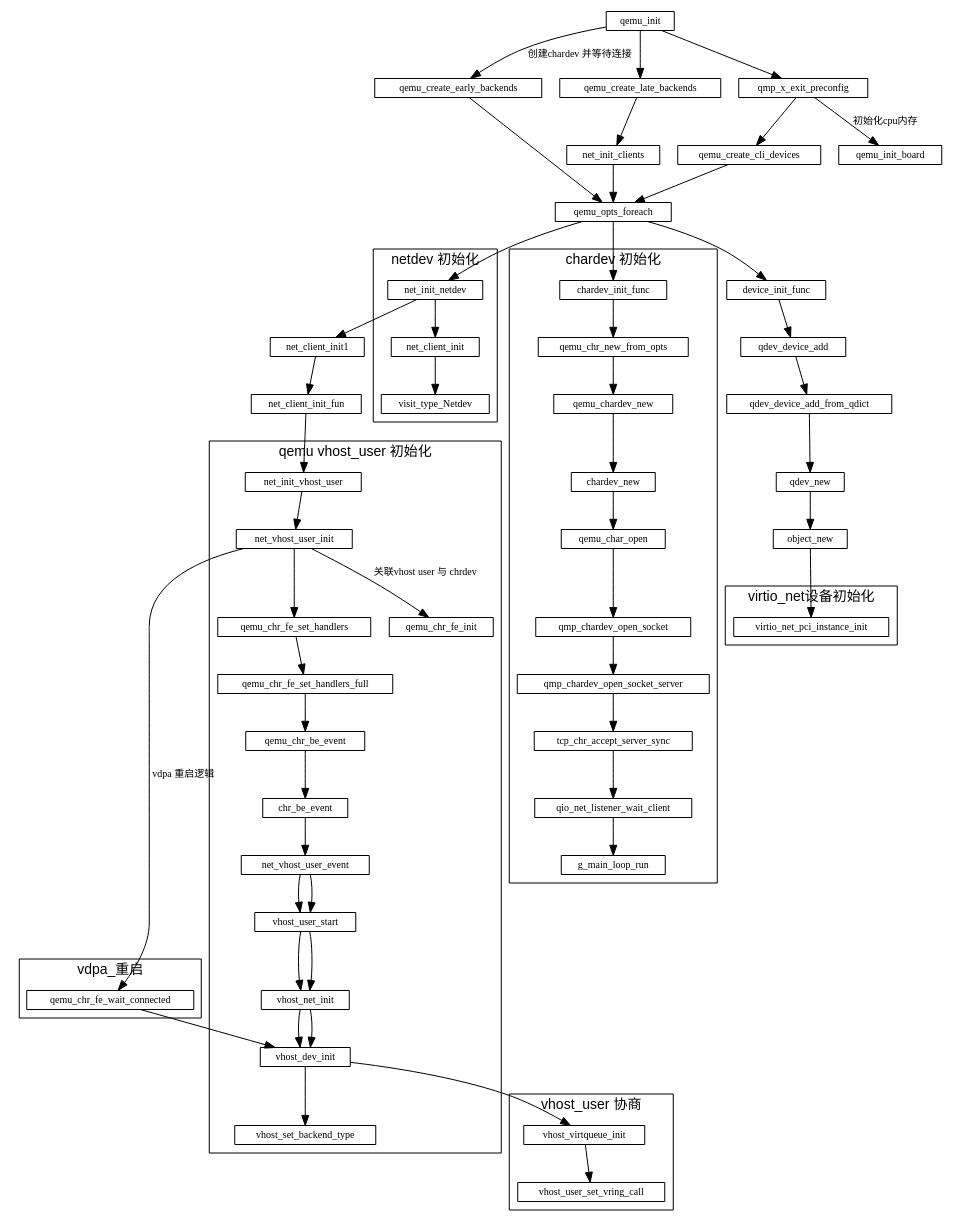
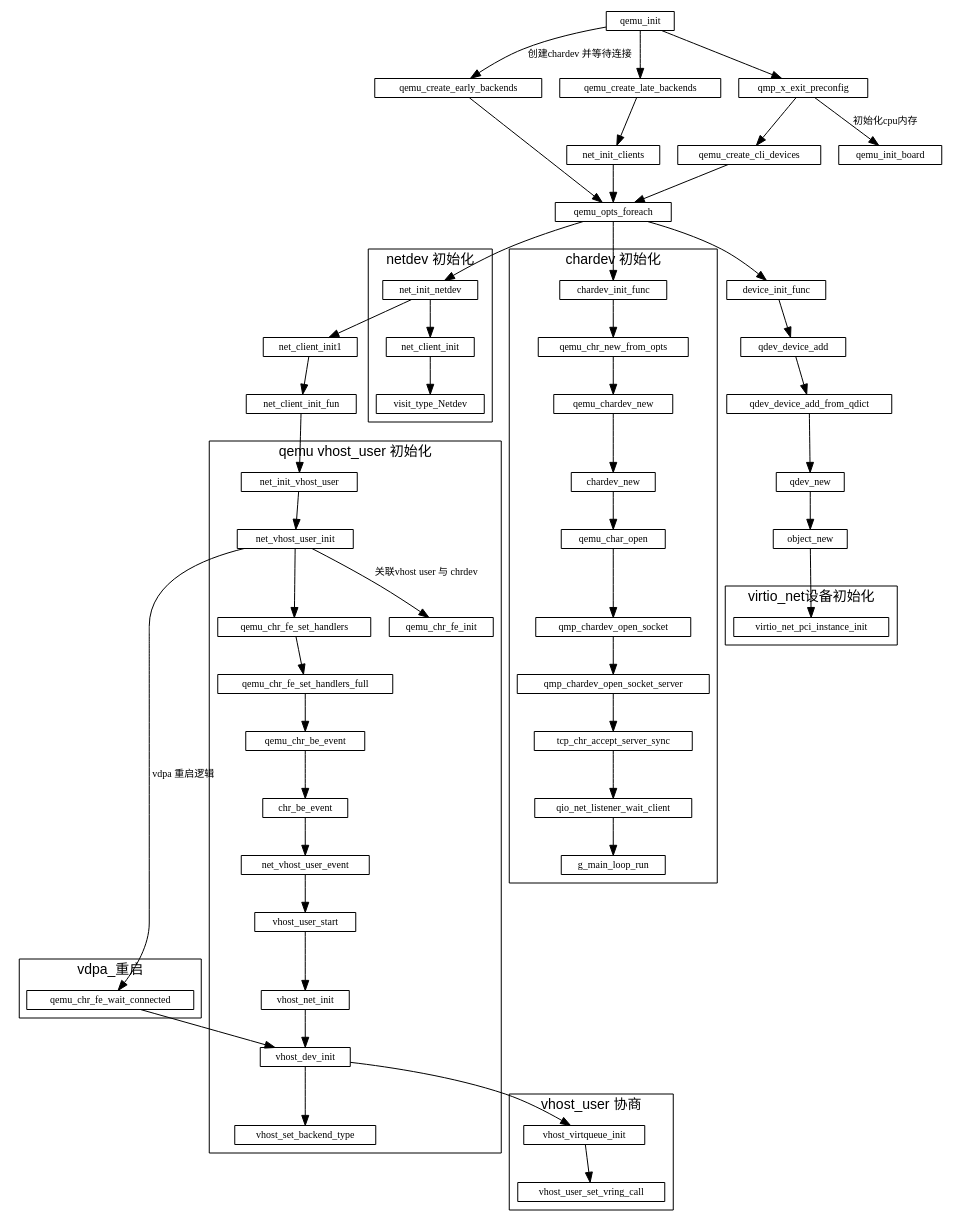
Before and after one commit to sisyphus1212/note: the diagram in qemu/qemu初始化.md, drawn with Graphviz.

Commit message:
auto_update

```diff
--- a/qemu/qemu初始化.md
+++ b/qemu/qemu初始化.md
@@ -67,11 +67,9 @@
     subgraph vhost_user_negotiation {
         label="vhost_user 协商";
         cluster=true;
-        net_vhost_user_event -> vhost_user_start
-                             -> vhost_net_init
-                             -> vhost_dev_init
-                             -> vhost_virtqueue_init
-                             -> vhost_user_set_vring_call
+        vhost_dev_init
+        -> vhost_virtqueue_init
+        -> vhost_user_set_vring_call
         //vhost_net_init ->
     }
 
```
